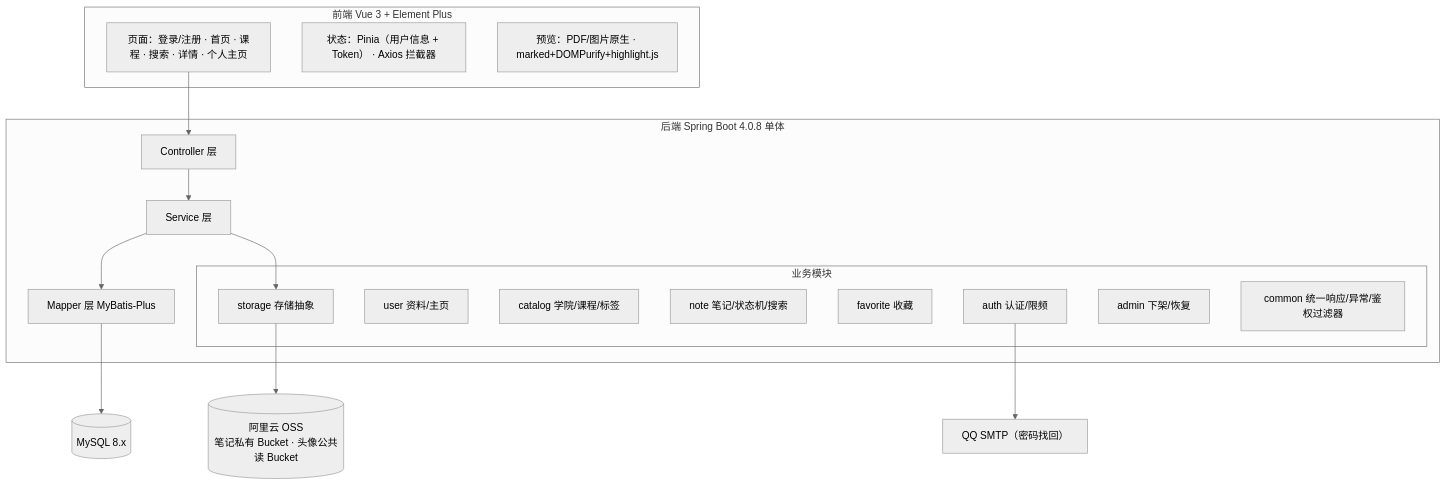
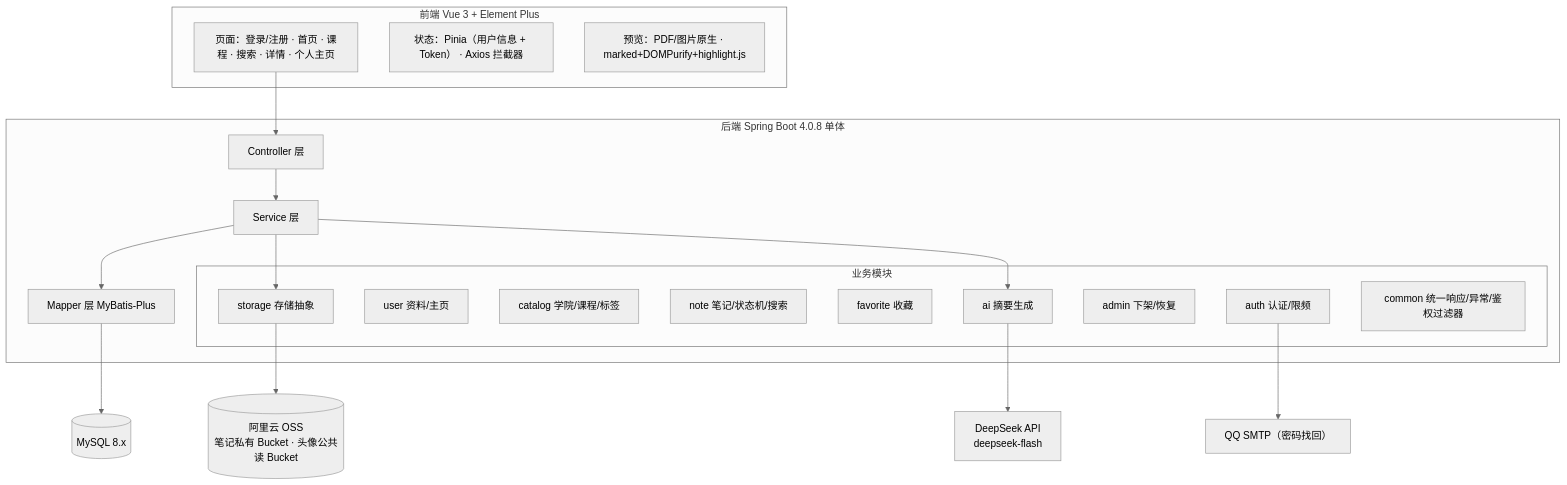
One commit to ShiwarHoufu/jotang-note changed the first of 7 diagrams in docs/概要设计.md. Above: the diagram before and after it, drawn with Mermaid (neutral theme). The commit also changed other lines of this file and 26 other files, not shown here.

````diff
--- a/docs/概要设计.md
+++ b/docs/概要设计.md
@@ -23,32 +24,35 @@
 ```mermaid
 flowchart TB
   subgraph FE["前端 Vue 3 + Element Plus"]
     P1["页面：登录/注册 · 首页 · 课程 · 搜索 · 详情 · 个人主页"]
     P2["状态：Pinia（用户信息 + Token） · Axios 拦截器"]
     P3["预览：PDF/图片原生 · marked+DOMPurify+highlight.js"]
   end
 
   subgraph BE["后端 Spring Boot 4.0.8 单体"]
     C["Controller 层"]
     S["Service 层"]
     M["Mapper 层 MyBatis-Plus"]
     subgraph MOD["业务模块"]
       MA["auth 认证/限频"]
       MU["user 资料/主页"]
       MC["catalog 学院/课程/标签"]
       MN["note 笔记/状态机/搜索"]
       MF["favorite 收藏"]
       MS["storage 存储抽象"]
       MAdm["admin 下架/恢复"]
+      MAI["ai 摘要生成"]
       CM["common 统一响应/异常/鉴权过滤器"]
     end
   end
 
   DB[("MySQL 8.x")]
   OSS[("阿里云 OSS<br/>笔记私有 Bucket · 头像公共读 Bucket")]
   MAIL["QQ SMTP（密码找回）"]
+  LLM["DeepSeek API<br/>deepseek-flash"]
 
   P1 --> C --> S --> M --> DB
   S --> MS --> OSS
   MA --> MAIL
+  S --> MAI --> LLM
 ```
````
